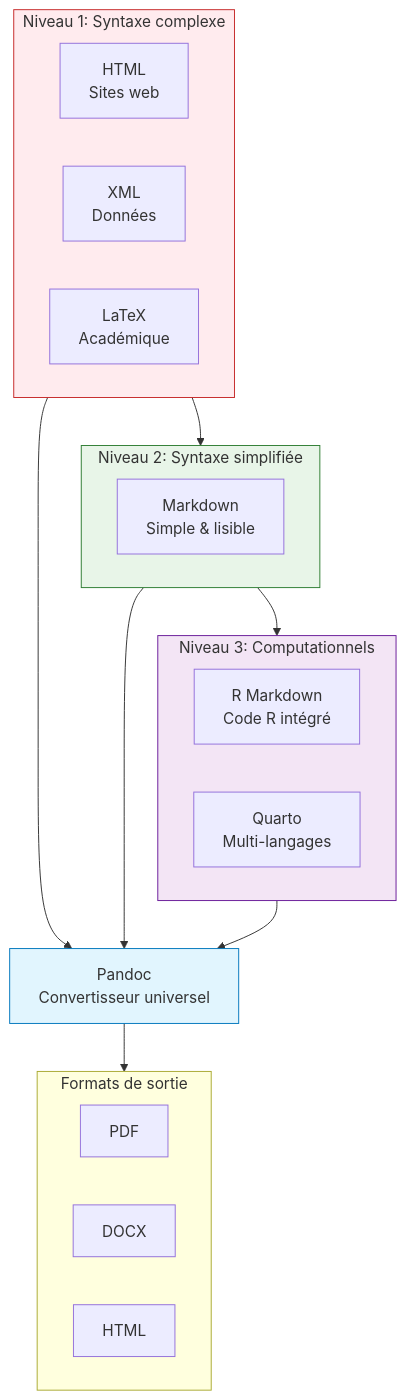
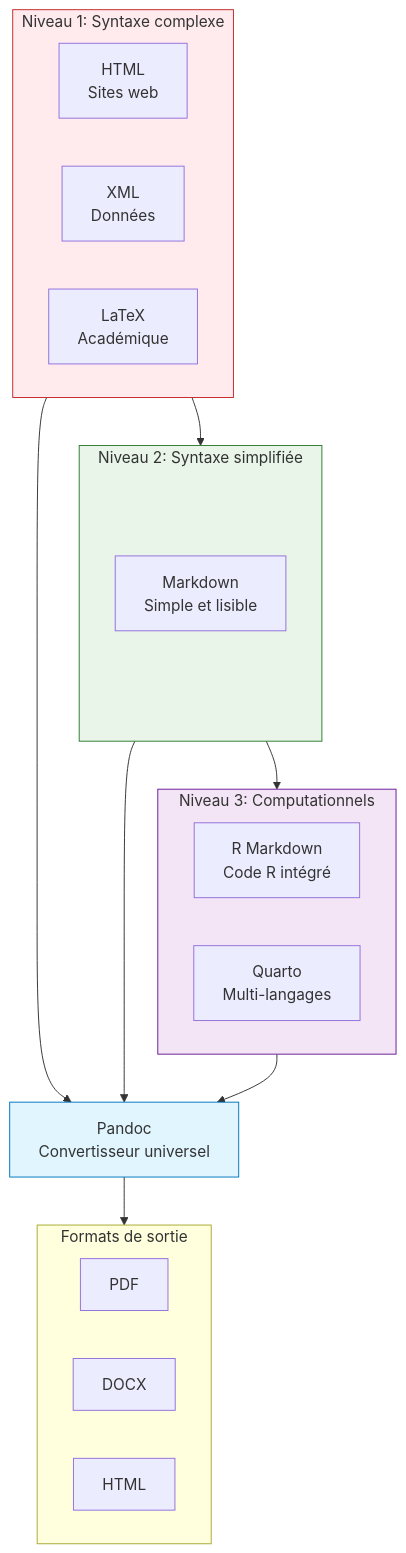
Before and after one commit to clessn/livre-outils: the diagram in chapitre_7.qmd, drawn with Mermaid. The commit also changed other lines of this file and 6 other files, not shown here.

````diff
--- a/chapitre_7.qmd
+++ b/chapitre_7.qmd
@@ -32,38 +36,36 @@
 ```{mermaid}
 
 flowchart TD
     subgraph level1 ["Niveau 1: Syntaxe complexe"]
         A1[HTML<br/>Sites web]
-        A2[XML<br/>Données] 
+        A2[XML<br/>Données]
         A3[LaTeX<br/>Académique]
     end
-    
     subgraph level2 ["Niveau 2: Syntaxe simplifiée"]
-        B1[Markdown<br/>Simple & lisible]
+        space1[" "]
+        B1[Markdown<br/>Simple et lisible]
+        space2[" "]
     end
-    
     subgraph level3 ["Niveau 3: Computationnels"]
         C1[R Markdown<br/>Code R intégré]
         C2[Quarto<br/>Multi-langages]
     end
-    
     D[Pandoc<br/>Convertisseur universel]
-    
     subgraph output ["Formats de sortie"]
         E1[PDF]
-        E2[DOCX] 
+        E2[DOCX]
         E3[HTML]
     end
-    
     level1 --> level2
     level2 --> level3
     level1 --> D
     level2 --> D
     level3 --> D
     D --> output
-    
     style D fill:#e1f5fe,stroke:#0277bd
     style level1 fill:#ffebee,stroke:#c62828
     style level2 fill:#e8f5e8,stroke:#2e7d32
     style level3 fill:#f3e5f5,stroke:#6a1b9a
+    style space1 fill:#e8f5e8,stroke:#e8f5e8
+    style space2 fill:#e8f5e8,stroke:#e8f5e8
 ```
````
